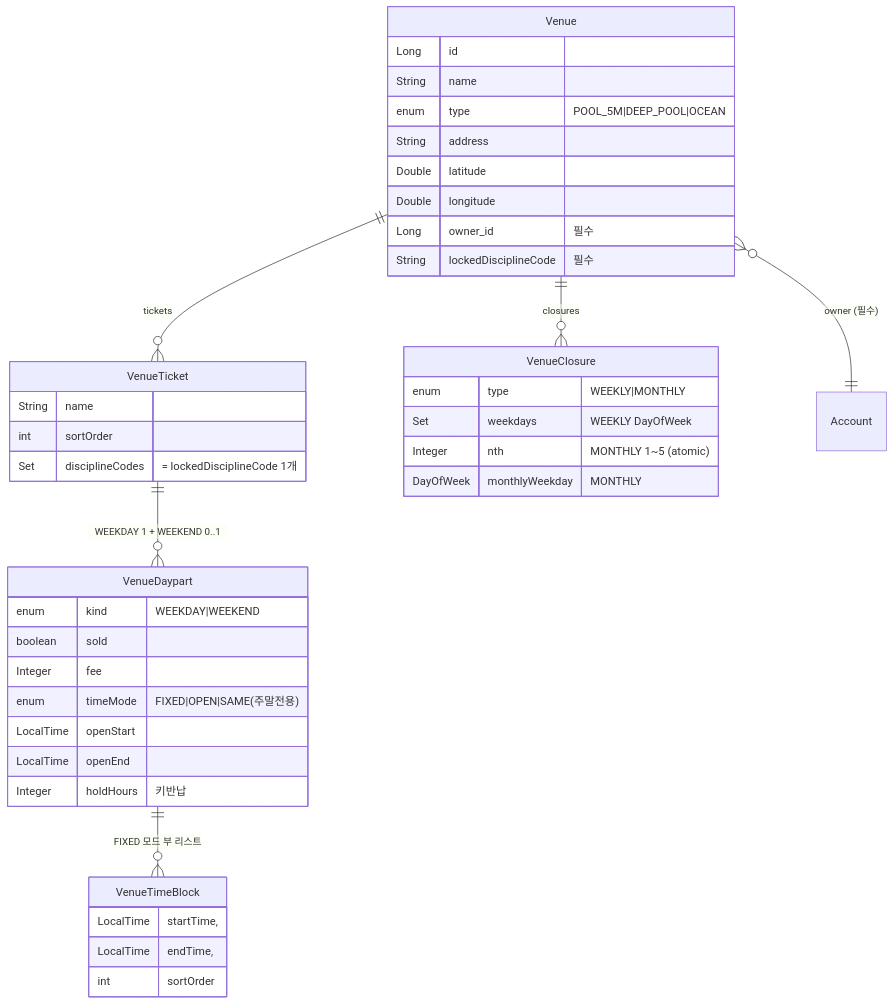
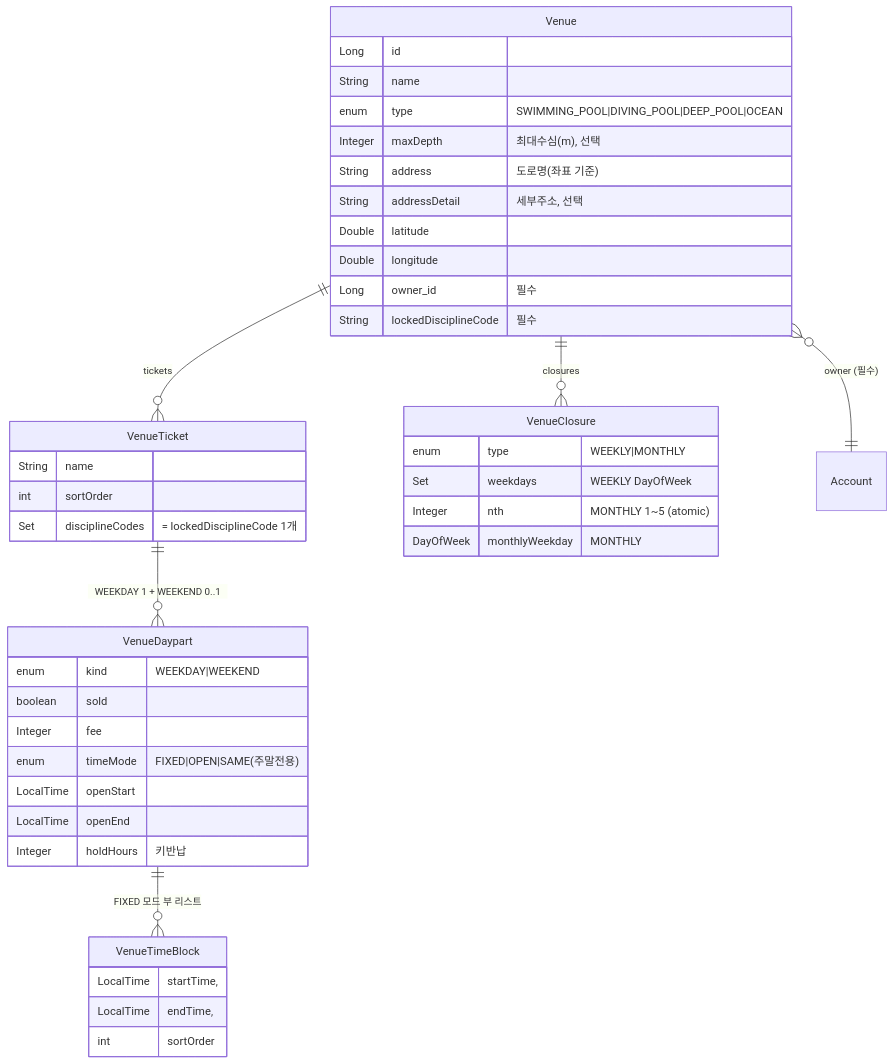
Before and after one commit to pungdong/Pungdong-Backend: the fourth of 4 diagrams in docs/architecture/venue.md, drawn with Mermaid. The commit also changed 10 other files, not shown here.

````diff
--- a/docs/architecture/venue.md
+++ b/docs/architecture/venue.md
@@ -86,40 +86,42 @@
 ```mermaid
 erDiagram
   Venue ||--o{ VenueTicket : tickets
   Venue ||--o{ VenueClosure : closures
   VenueTicket ||--o{ VenueDaypart : "WEEKDAY 1 + WEEKEND 0..1"
   VenueDaypart ||--o{ VenueTimeBlock : "FIXED 모드 부 리스트"
   Venue }o--|| Account : "owner (필수)"
 
   Venue {
     Long id
     String name
-    enum type "POOL_5M|DEEP_POOL|OCEAN"
-    String address
+    enum type "SWIMMING_POOL|DIVING_POOL|DEEP_POOL|OCEAN"
+    Integer maxDepth "최대수심(m), 선택"
+    String address "도로명(좌표 기준)"
+    String addressDetail "세부주소, 선택"
     Double latitude
     Double longitude
     Long owner_id "필수"
     String lockedDisciplineCode "필수"
   }
   VenueTicket {
     String name
     int sortOrder
     Set disciplineCodes "= lockedDisciplineCode 1개"
   }
   VenueDaypart {
     enum kind "WEEKDAY|WEEKEND"
     boolean sold
     Integer fee
     enum timeMode "FIXED|OPEN|SAME(주말전용)"
     LocalTime openStart
     LocalTime openEnd
     Integer holdHours "키반납"
   }
   VenueTimeBlock { LocalTime startTime, LocalTime endTime, int sortOrder }
   VenueClosure {
     enum type "WEEKLY|MONTHLY"
     Set weekdays "WEEKLY DayOfWeek"
     Integer nth "MONTHLY 1~5 (atomic)"
     DayOfWeek monthlyWeekday "MONTHLY"
   }
 ```
````
